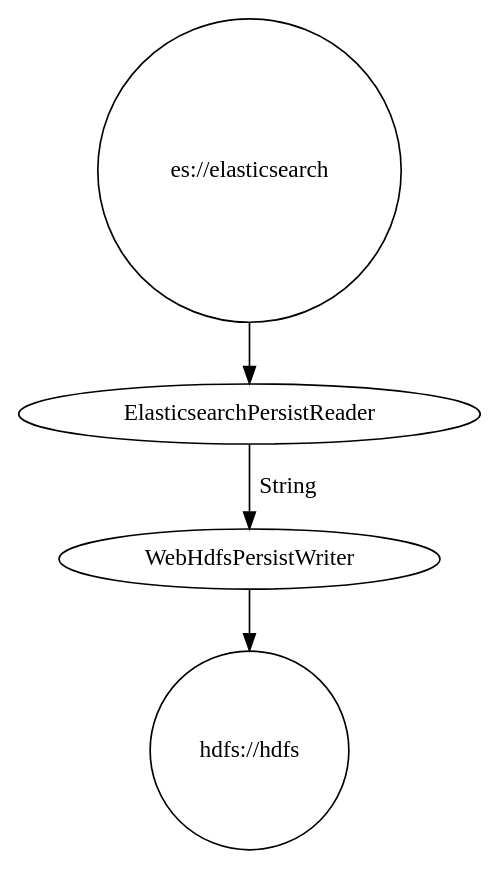
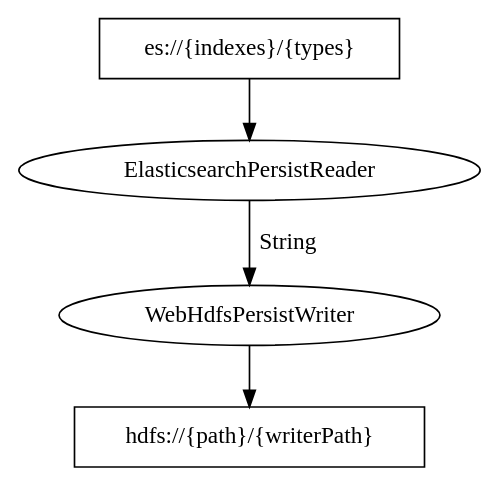
Before and after one commit to BillTheBest/streams-examples: the diagram in elasticsearch-backup/src/main/resources/ElasticsearchBackup.dot, drawn with Graphviz. The commit also changed 3 other files, not shown here.

```diff
--- a/elasticsearch-backup/src/main/resources/ElasticsearchBackup.dot
+++ b/elasticsearch-backup/src/main/resources/ElasticsearchBackup.dot
@@ -1,17 +1,17 @@
 digraph g {
 
   //providers
   ElasticsearchPersistReader [label="ElasticsearchPersistReader",shape=ellipse,URL="https://github.com/apache/incubator-streams/blob/master/streams-contrib/streams-provider-elasticsearch/src/main/java/org/apache/streams/elasticsearch/ElasticsearchPersistReader.java"];
 
   //persisters
   WebHdfsPersistWriter [label="WebHdfsPersistWriter",shape=ellipse,URL="https://github.com/apache/incubator-streams/blob/master/streams-contrib/streams-persist-hdfs/src/main/java/org/apache/streams/hdfs/WebHdfsPersistWriter.java"];
 
   //data
-  source [label="es://elasticsearch",shape=circle];
-  destination [label="hdfs://hdfs",shape=circle];
+  source [label="es://{indexes}/{types}",shape=box];
+  destination [label="hdfs://{path}/{writerPath}",shape=box];
 
   //stream
   source -> ElasticsearchPersistReader
   ElasticsearchPersistReader -> WebHdfsPersistWriter [label="String"];
   WebHdfsPersistWriter -> destination
 }
```
